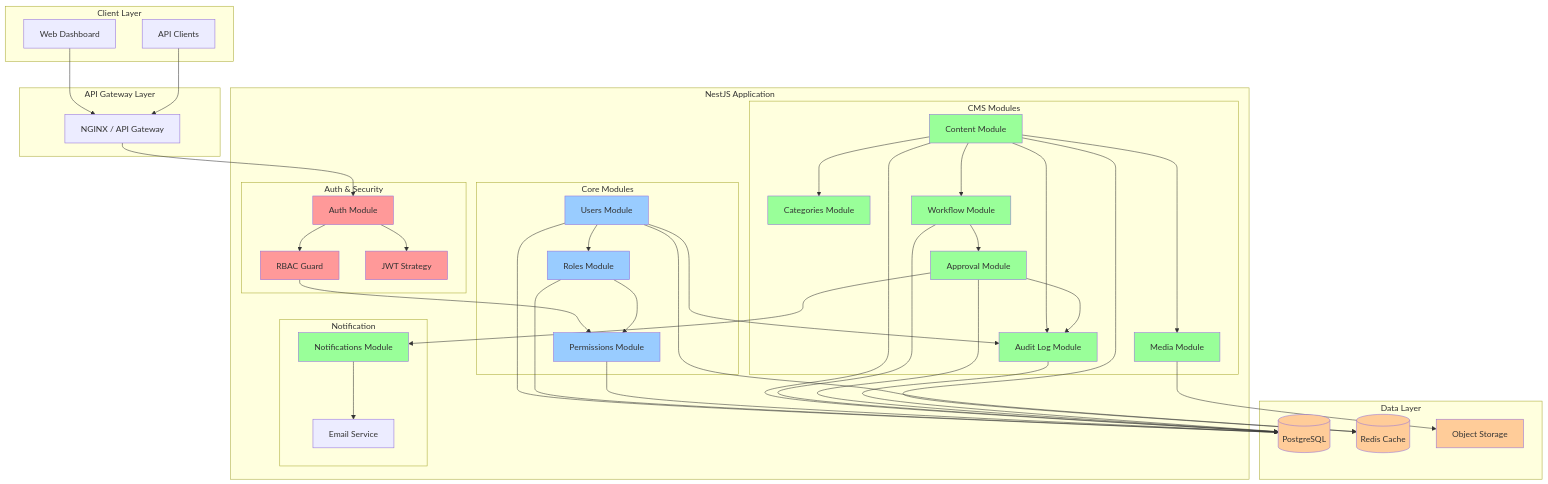
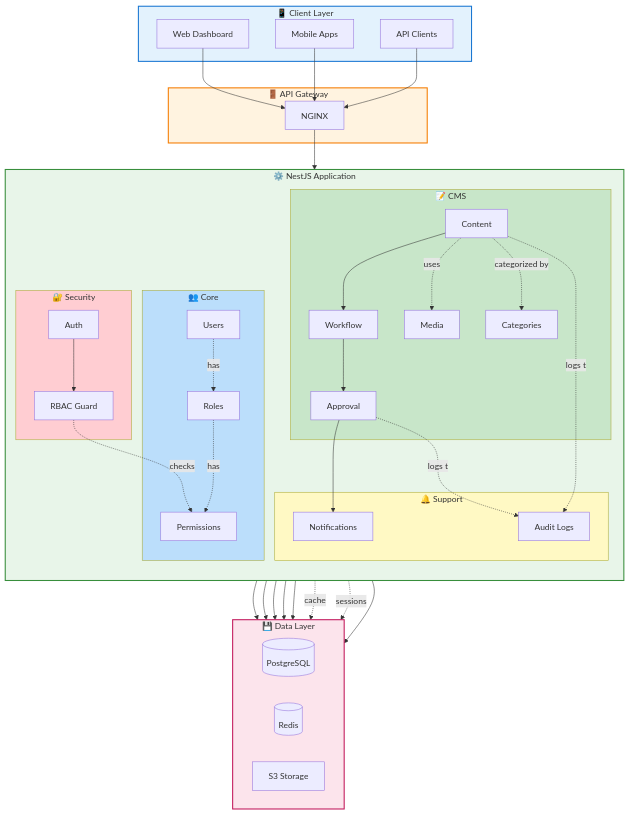
Before and after one commit to LeoChiu1027/cms: the second of 9 diagrams in docs/ARCHITECTURE.md, drawn with Mermaid. The commit also changed other lines of this file, not shown here.

Commit message:
architeccture diagram

````diff
--- a/docs/ARCHITECTURE.md
+++ b/docs/ARCHITECTURE.md
@@ -5,90 +28,97 @@
 ```mermaid
 graph TB
-    subgraph "Client Layer"
+    subgraph CLIENT_LAYER["📱 Client Layer"]
         WEB[Web Dashboard]
+        MOBILE[Mobile Apps]
         API_CLIENT[API Clients]
     end
 
-    subgraph "API Gateway Layer"
-        NGINX[NGINX / API Gateway]
+    subgraph GATEWAY_LAYER["🚪 API Gateway"]
+        NGINX[NGINX]
     end
 
-    subgraph "NestJS Application"
-        subgraph "Auth & Security"
-            AUTH[Auth Module]
+    subgraph APP_LAYER["⚙️ NestJS Application"]
+        direction TB
+        
+        subgraph AUTH_LAYER["🔐 Security"]
+            AUTH[Auth]
             RBAC[RBAC Guard]
-            JWT[JWT Strategy]
         end
-
-        subgraph "Core Modules"
-            USER[Users Module]
-            ROLE[Roles Module]
-            PERM[Permissions Module]
+        
+        subgraph CORE_LAYER["👥 Core"]
+            USERS[Users]
+            ROLES[Roles]
+            PERMS[Permissions]
         end
-
-        subgraph "CMS Modules"
-            CONTENT[Content Module]
-            CATEGORY[Categories Module]
-            MEDIA[Media Module]
-            WORKFLOW[Workflow Module]
-            APPROVAL[Approval Module]
-            AUDIT[Audit Log Module]
+        
+        subgraph CMS_LAYER["📝 CMS"]
+            CONTENT[Content]
+            WORKFLOW[Workflow]
+            APPROVAL[Approval]
+            MEDIA[Media]
+            CATEGORIES[Categories]
         end
-
-        subgraph "Notification"
-            NOTIF[Notifications Module]
-            EMAIL[Email Service]
+        
+        subgraph SUPPORT_LAYER["🔔 Support"]
+            NOTIF[Notifications]
+            AUDIT[Audit Logs]
         end
     end
 
-    subgraph "Data Layer"
+    subgraph DATA_LAYER["💾 Data Layer"]
+        direction LR
         DB[(PostgreSQL)]
-        REDIS[(Redis Cache)]
-        S3[Object Storage]
+        REDIS[(Redis)]
+        S3[S3 Storage]
     end
 
+    %% Client to Gateway
     WEB --> NGINX
+    MOBILE --> NGINX
     API_CLIENT --> NGINX
+    
+    %% Gateway to Auth
     NGINX --> AUTH
     
-    AUTH --> JWT
+    %% Auth flows
     AUTH --> RBAC
-    RBAC --> PERM
+    RBAC -.checks.-> PERMS
     
-    USER --> ROLE
-    ROLE --> PERM
+    %% Core relationships
+    USERS -.has.-> ROLES
+    ROLES -.has.-> PERMS
     
+    %% CMS flows
     CONTENT --> WORKFLOW
-    CONTENT --> MEDIA
-    CONTENT --> CATEGORY
     WORKFLOW --> APPROVAL
+    CONTENT -.uses.-> MEDIA
+    CONTENT -.categorized by.-> CATEGORIES
+    
+    %% Support services
     APPROVAL --> NOTIF
-    NOTIF --> EMAIL
+    CONTENT -.logs to.-> AUDIT
+    APPROVAL -.logs to.-> AUDIT
     
-    CONTENT --> AUDIT
-    APPROVAL --> AUDIT
-    USER --> AUDIT
-    
-    USER --> DB
-    ROLE --> DB
-    PERM --> DB
+    %% Data layer connections
+    USERS --> DB
+    ROLES --> DB
     CONTENT --> DB
     WORKFLOW --> DB
     APPROVAL --> DB
-    AUDIT --> DB
     
-    CONTENT --> REDIS
-    USER --> REDIS
+    RBAC -.cache.-> REDIS
+    AUTH -.sessions.-> REDIS
     
     MEDIA --> S3
-
-    classDef authStyle fill:#ff9999
-    classDef coreStyle fill:#99ccff
-    classDef cmsStyle fill:#99ff99
-    classDef dataStyle fill:#ffcc99
     
-    class AUTH,RBAC,JWT authStyle
-    class USER,ROLE,PERM coreStyle
-    class CONTENT,WORKFLOW,APPROVAL,MEDIA,CATEGORY,AUDIT,NOTIF cmsStyle
-    class DB,REDIS,S3 dataStyle
+    %% Styling
+    style CLIENT_LAYER fill:#e3f2fd,stroke:#1976d2,stroke-width:2px
+    style GATEWAY_LAYER fill:#fff3e0,stroke:#f57c00,stroke-width:2px
+    style APP_LAYER fill:#e8f5e9,stroke:#388e3c,stroke-width:2px
+    style DATA_LAYER fill:#fce4ec,stroke:#c2185b,stroke-width:2px
+    
+    style AUTH_LAYER fill:#ffcdd2
+    style CORE_LAYER fill:#bbdefb
+    style CMS_LAYER fill:#c8e6c9
+    style SUPPORT_LAYER fill:#fff9c4
 ```
````
